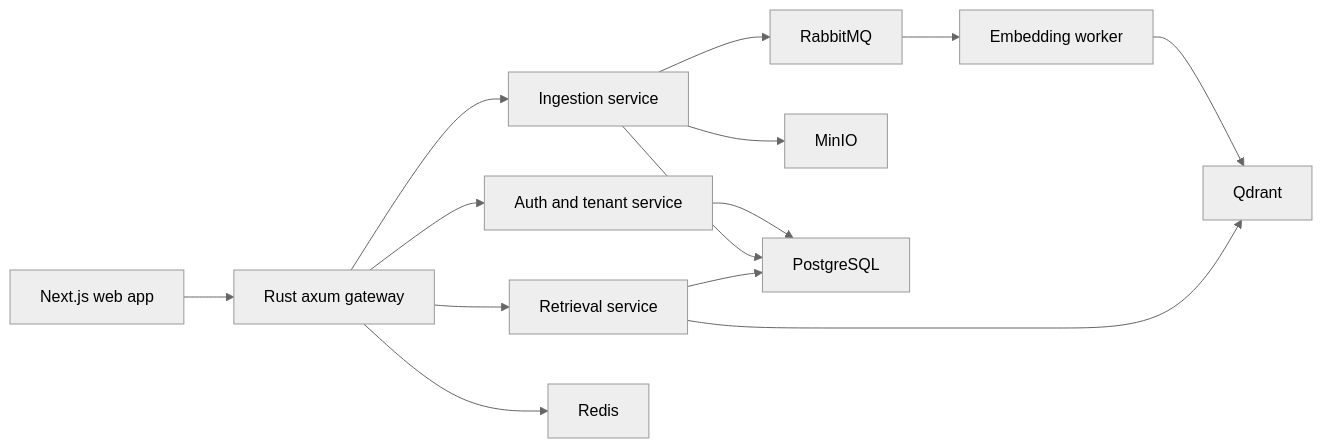
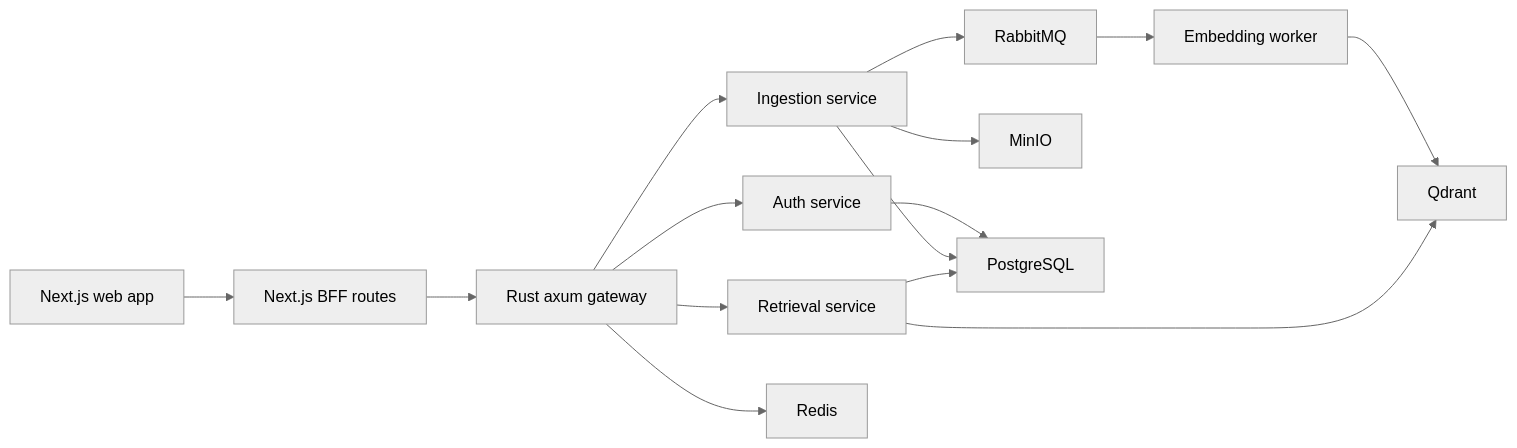
One commit to Hqzdev/Grounded changed the diagram in README.md. Above: the diagram before and after it, drawn with Mermaid (neutral theme). The commit also changed other lines of this file and 44 other files, not shown here.

````diff
--- a/README.md
+++ b/README.md
@@ -9,16 +57,17 @@
 ```mermaid
 flowchart LR
-  Web["Next.js web app"] --> Gateway["Rust axum gateway"]
-  Gateway --> Auth["Auth and tenant service"]
+  Web["Next.js web app"] --> BFF["Next.js BFF routes"]
+  BFF --> Gateway["Rust axum gateway"]
+  Gateway --> Auth["Auth service"]
   Gateway --> Ingestion["Ingestion service"]
   Gateway --> Retrieval["Retrieval service"]
   Ingestion --> RabbitMQ["RabbitMQ"]
   Ingestion --> MinIO["MinIO"]
   RabbitMQ --> Embedding["Embedding worker"]
   Embedding --> Qdrant["Qdrant"]
   Retrieval --> Qdrant
   Auth --> Postgres["PostgreSQL"]
   Ingestion --> Postgres
   Retrieval --> Postgres
   Gateway --> Redis["Redis"]
 ```
````
